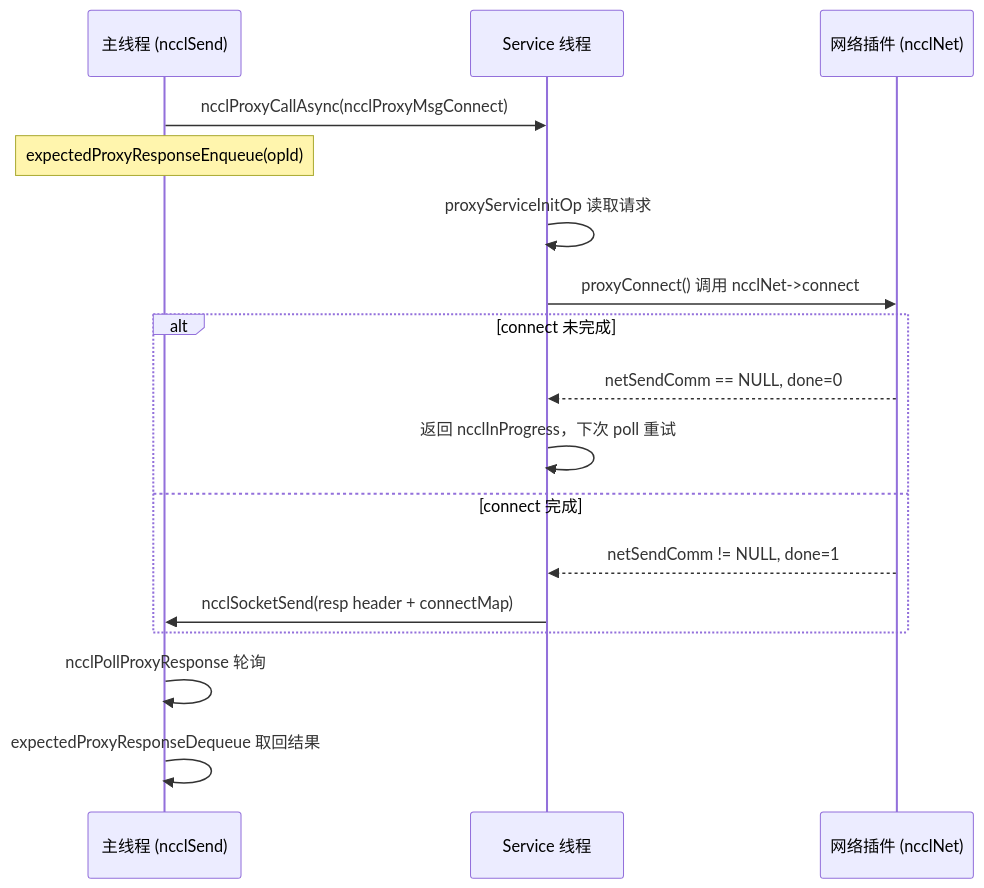
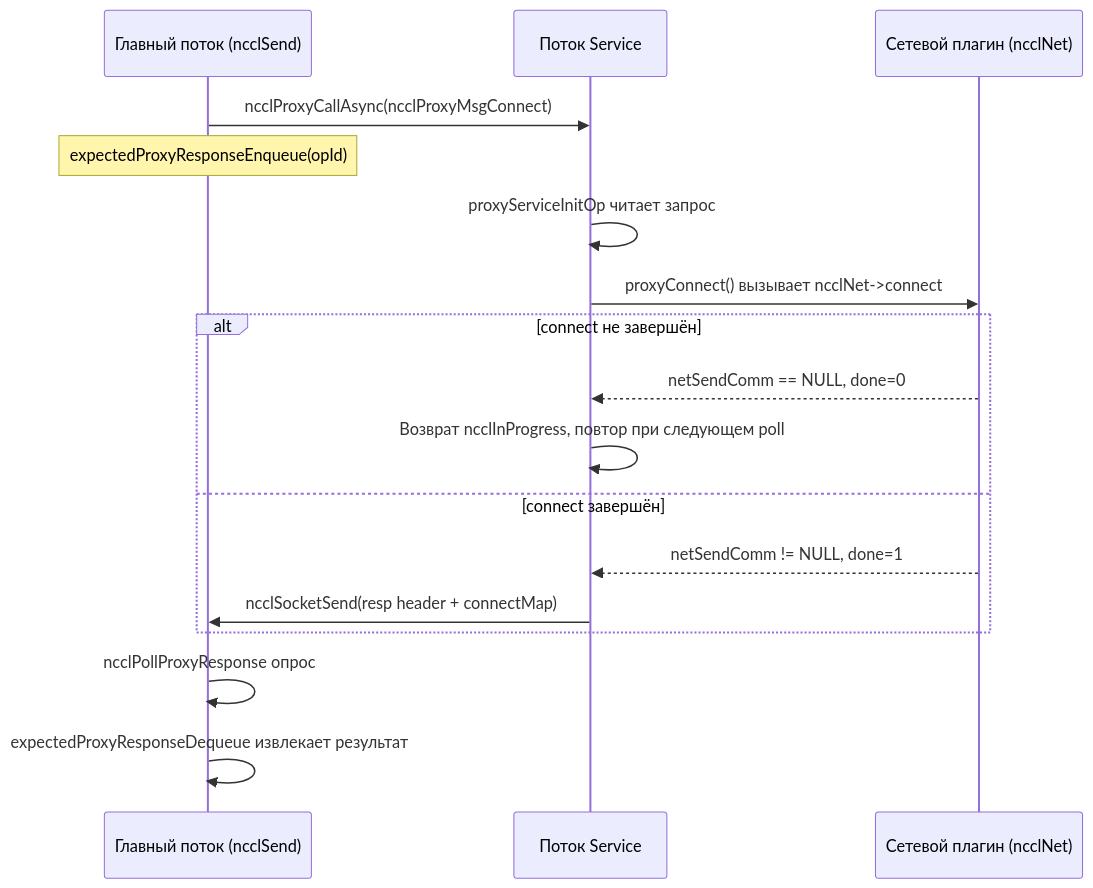
Before and after one commit to maleRjc/AiReadCodeBooks: the second of 3 diagrams in books/nccl/ru/12-proxy-threads-async-io-scheduler.md, drawn with Mermaid. The commit also changed other lines of this file and 74 other files, not shown here.

````diff
--- a/books/nccl/ru/12-proxy-threads-async-io-scheduler.md
+++ b/books/nccl/ru/12-proxy-threads-async-io-scheduler.md
@@ -191,19 +191,19 @@
 ```mermaid
 sequenceDiagram
-    participant Main as 主线程 (ncclSend)
-    participant Svc as Service 线程
-    participant Net as 网络插件 (ncclNet)
+    participant Main as Главный поток (ncclSend)
+    participant Svc as Поток Service
+    participant Net as Сетевой плагин (ncclNet)
     Main->>Svc: ncclProxyCallAsync(ncclProxyMsgConnect)
     Note over Main: expectedProxyResponseEnqueue(opId)
-    Svc->>Svc: proxyServiceInitOp 读取请求
-    Svc->>Net: proxyConnect() 调用 ncclNet->connect
-    alt connect 未完成
+    Svc->>Svc: proxyServiceInitOp читает запрос
+    Svc->>Net: proxyConnect() вызывает ncclNet->connect
+    alt connect не завершён
         Net-->>Svc: netSendComm == NULL, done=0
-        Svc->>Svc: 返回 ncclInProgress，下次 poll 重试
-    else connect 完成
+        Svc->>Svc: Возврат ncclInProgress, повтор при следующем poll
+    else connect завершён
         Net-->>Svc: netSendComm != NULL, done=1
         Svc->>Main: ncclSocketSend(resp header + connectMap)
     end
-    Main->>Main: ncclPollProxyResponse 轮询
-    Main->>Main: expectedProxyResponseDequeue 取回结果
+    Main->>Main: ncclPollProxyResponse опрос
+    Main->>Main: expectedProxyResponseDequeue извлекает результат
 ```
````
